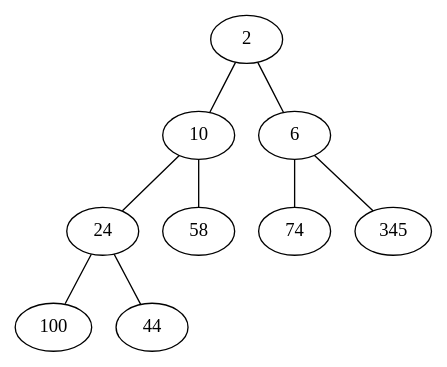
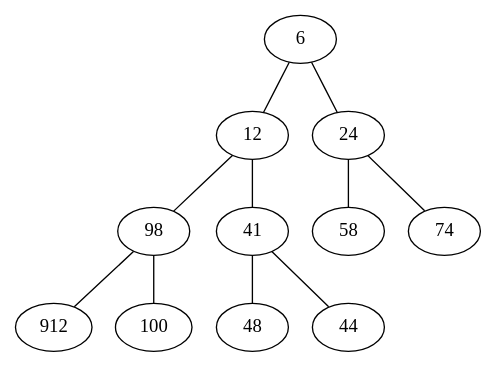
One commit to corentinckf/projetZ1 changed the diagram in tas_binaire/mathieu/graph_tas.dot. Above: the diagram before and after it, drawn with Graphviz. The commit also changed 4 other files, not shown here.

```diff
--- a/tas_binaire/mathieu/graph_tas.dot
+++ b/tas_binaire/mathieu/graph_tas.dot
@@ -1,10 +1,12 @@
 graph { 
-	2--10
-	2--6
-	10--24
-	10--58
-	6--74
-	6--345
-	24--100
-	24--44
+	6--12
+	6--24
+	12--98
+	12--41
+	24--58
+	24--74
+	98--912
+	98--100
+	41--48
+	41--44
 } 
```
